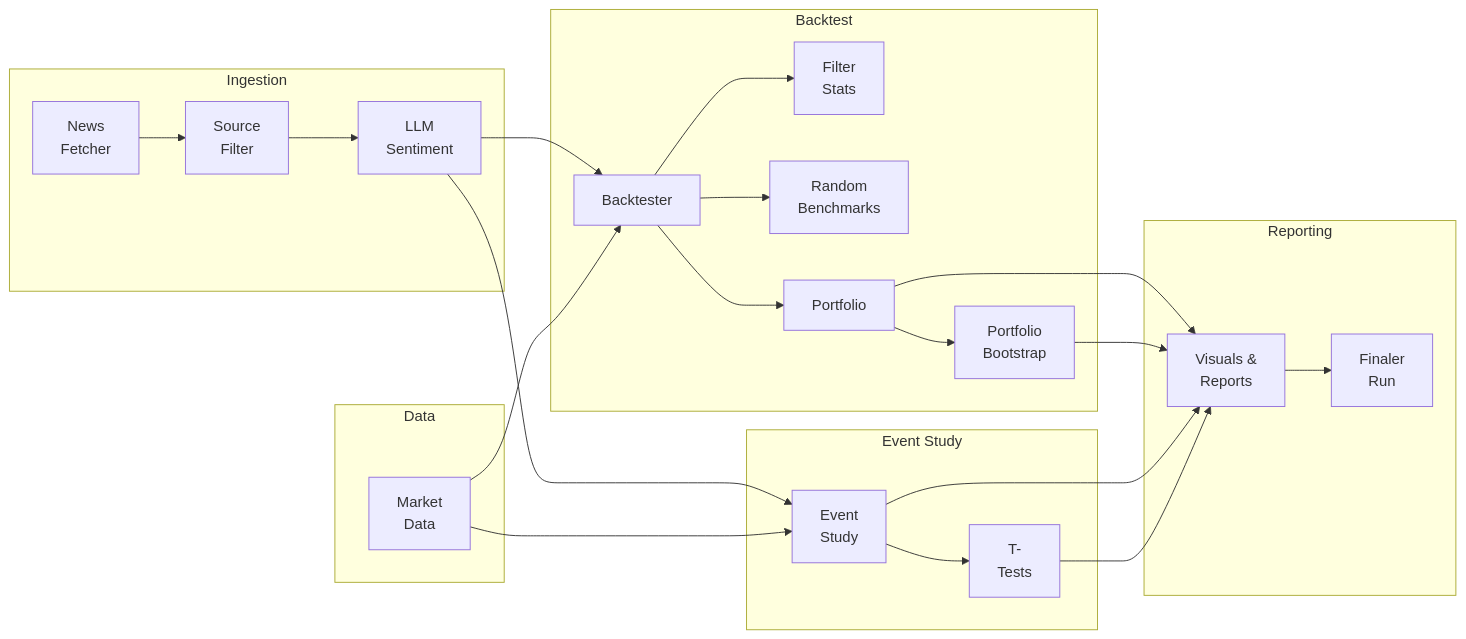
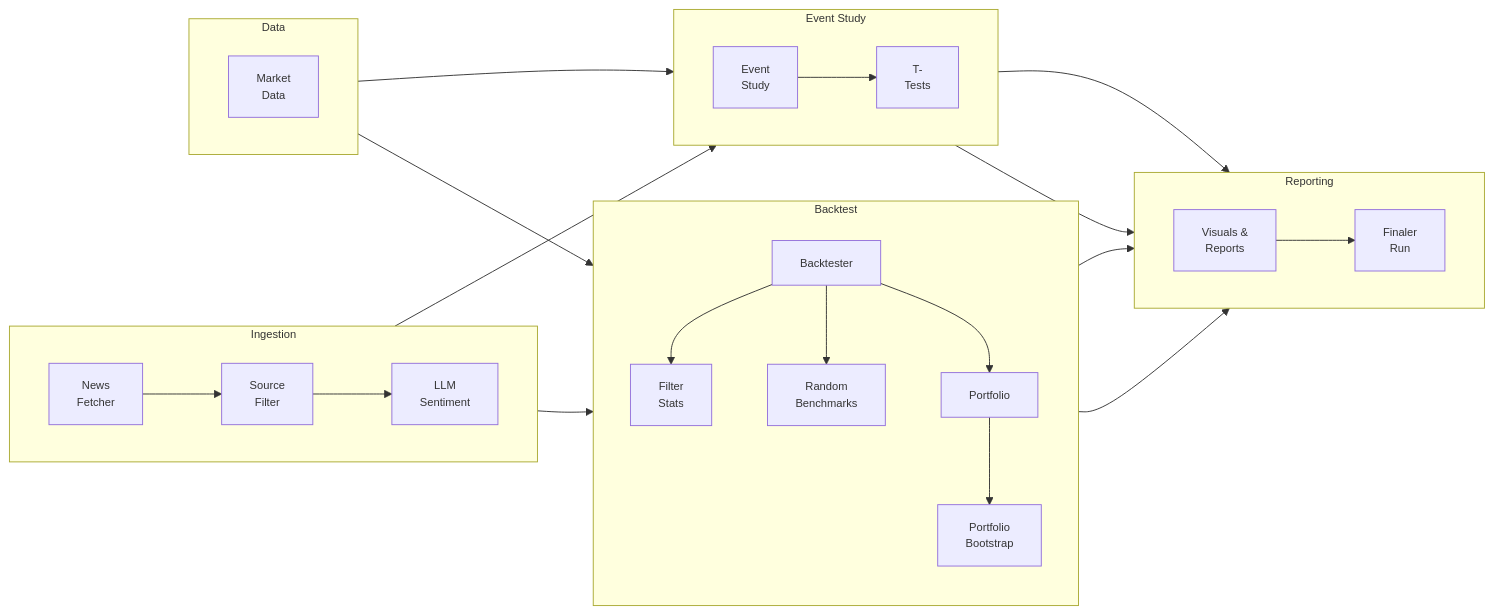
The diagram in README.md (Lugier/intraday-news-sentiment-backtester), drawn with Mermaid before and after one commit.

Commit message:
docs: Mermaid init mit größerem Spacing, expliziten Subgraph-Richtungen und HTML-Labels für vollständige Box-Texte

````diff
--- a/README.md
+++ b/README.md
@@ -56,40 +56,46 @@
 ```mermaid
+%%{init: { 'flowchart': { 'htmlLabels': true, 'nodeSpacing': 60, 'rankSpacing': 60 }, 'themeVariables': { 'fontSize': '12px', 'fontFamily': 'Arial' } }}%%
 flowchart LR
 
   %% Ingestion
   subgraph INGESTION [Ingestion]
+    direction LR
     NF["News<br/>Fetcher"] --> SF["Source<br/>Filter"]
     SF --> LLM["LLM<br/>Sentiment"]
   end
 
   %% Data
   subgraph DATA [Data]
+    direction LR
     MD["Market<br/>Data"]
   end
 
   %% Backtest
   subgraph BACKTEST [Backtest]
+    direction TB
     LLM --> BT[Backtester]
     MD --> BT
     BT --> FS["Filter<br/>Stats"]
     BT --> RB["Random<br/>Benchmarks"]
     BT --> PF[Portfolio]
     PF --> PB["Portfolio<br/>Bootstrap"]
   end
 
   %% Event Study
   subgraph EVENTSTUDY [Event Study]
+    direction LR
     LLM --> ES["Event<br/>Study"]
     MD --> ES
     ES --> EST["T-<br/>Tests"]
   end
 
   %% Reporting
   subgraph REPORTING [Reporting]
+    direction LR
     PF --> VR["Visuals &<br/>Reports"]
     PB --> VR
     ES --> VR
     EST --> VR
     VR --> OUT["Finaler<br/>Run"]
   end
 ```
````
